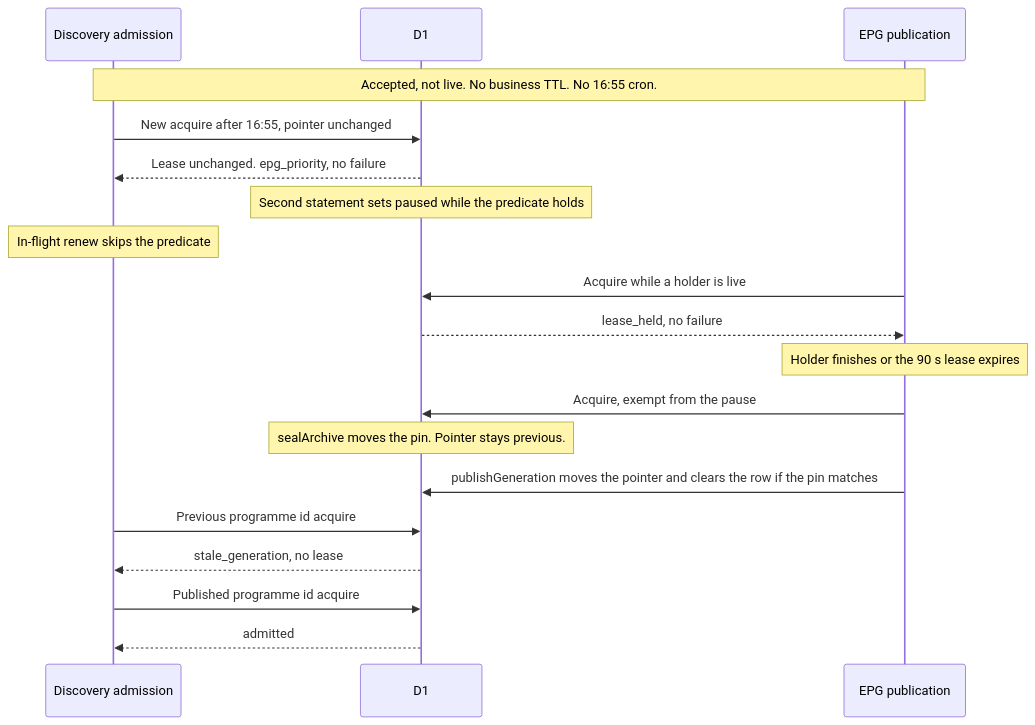
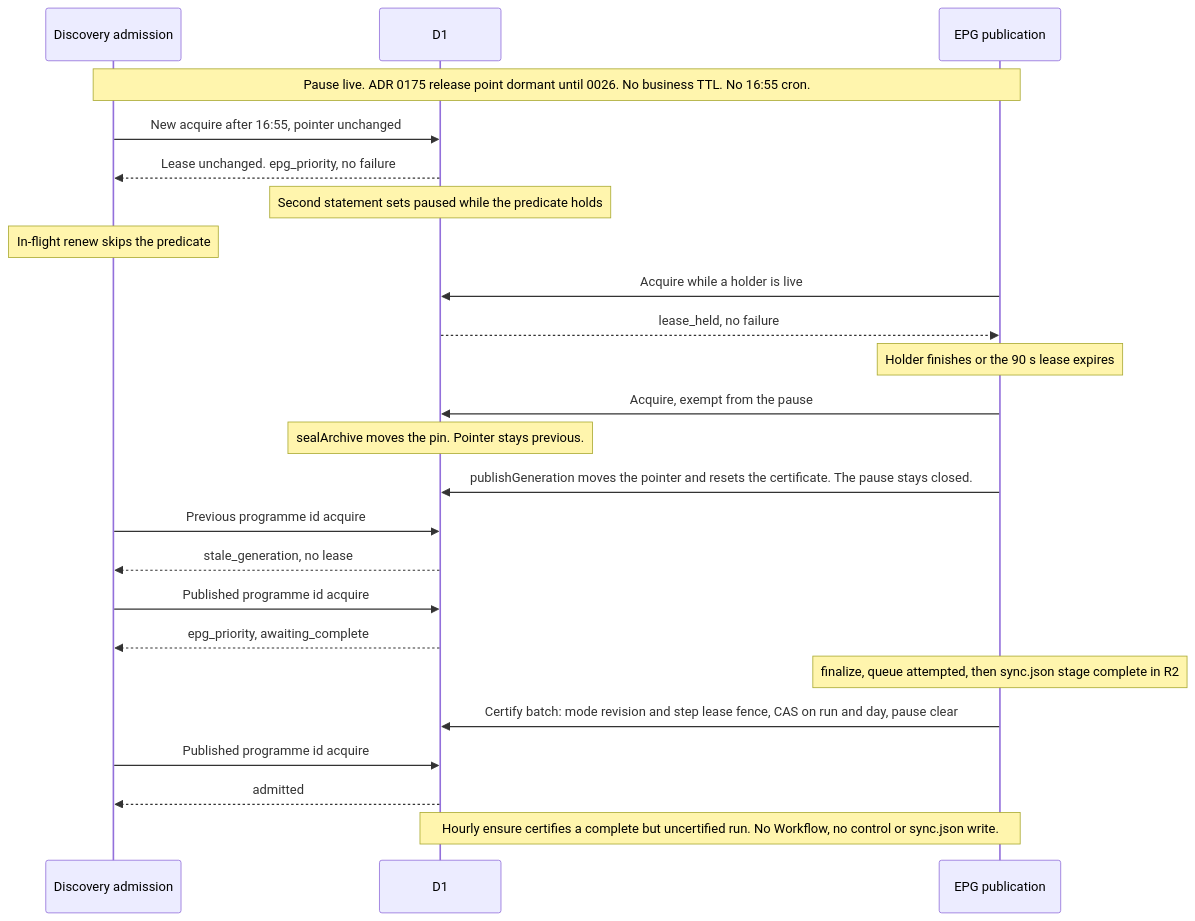
The sixth of 13 diagrams in docs/architecture/scheduling-and-orchestration.md (vladimino/iptv-watchlist), drawn with Mermaid before and after one commit. The commit also changed other lines of this file and 26 other files, not shown here.

First line of the commit message:
AIR-539: EPG completion certificate and Discovery priority hold

````diff
--- a/docs/architecture/scheduling-and-orchestration.md
+++ b/docs/architecture/scheduling-and-orchestration.md
@@ -202,21 +202,26 @@
 ```mermaid
 sequenceDiagram
     participant Disc as Discovery admission
     participant D1 as D1
     participant EPG as EPG publication
-    Note over Disc,EPG: Accepted, not live. No business TTL. No 16:55 cron.
+    Note over Disc,EPG: Pause live. ADR 0175 release point dormant until 0026. No business TTL. No 16:55 cron.
     Disc->>D1: New acquire after 16:55, pointer unchanged
     D1-->>Disc: Lease unchanged. epg_priority, no failure
     Note over D1: Second statement sets paused while the predicate holds
     Note over Disc: In-flight renew skips the predicate
     EPG->>D1: Acquire while a holder is live
     D1-->>EPG: lease_held, no failure
     Note over EPG: Holder finishes or the 90 s lease expires
     EPG->>D1: Acquire, exempt from the pause
     Note over D1: sealArchive moves the pin. Pointer stays previous.
-    EPG->>D1: publishGeneration moves the pointer and clears the row if the pin matches
+    EPG->>D1: publishGeneration moves the pointer and resets the certificate. The pause stays closed.
     Disc->>D1: Previous programme id acquire
     D1-->>Disc: stale_generation, no lease
     Disc->>D1: Published programme id acquire
+    D1-->>Disc: epg_priority, awaiting_complete
+    Note over EPG: finalize, queue attempted, then sync.json stage complete in R2
+    EPG->>D1: Certify batch: mode revision and step lease fence, CAS on run and day, pause clear
+    Disc->>D1: Published programme id acquire
     D1-->>Disc: admitted
+    Note over EPG,D1: Hourly ensure certifies a complete but uncertified run. No Workflow, no control or sync.json write.
 ```
````
